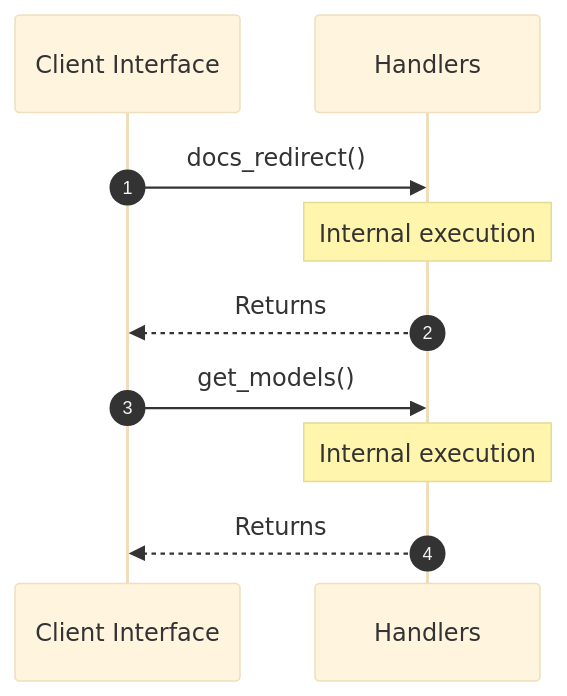
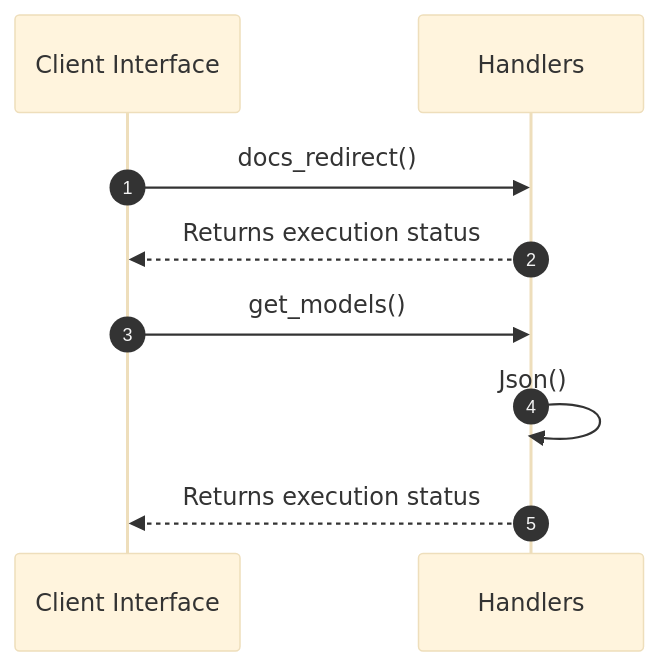
Before and after one commit to lgcorzo/fastapi-autogen-team: the second of 2 diagrams in openwiki/src/interface/http/handlers.md, drawn with Mermaid (base theme). The commit also changed other lines of this file and 22 other files, not shown here.

````diff
--- a/openwiki/src/interface/http/handlers.md
+++ b/openwiki/src/interface/http/handlers.md
@@ -49,12 +49,11 @@
 ```mermaid
 sequenceDiagram
     autonumber
     participant Caller as Client Interface
     participant Svc as Handlers
     Caller->>Svc: docs_redirect()
-    Note over Svc: Internal execution
-    Svc-->>Caller: Returns
+    Svc-->>Caller: Returns execution status
     Caller->>Svc: get_models()
-    Note over Svc: Internal execution
-    Svc-->>Caller: Returns
+    Svc->>Svc: Json()
+    Svc-->>Caller: Returns execution status
 ```
````
